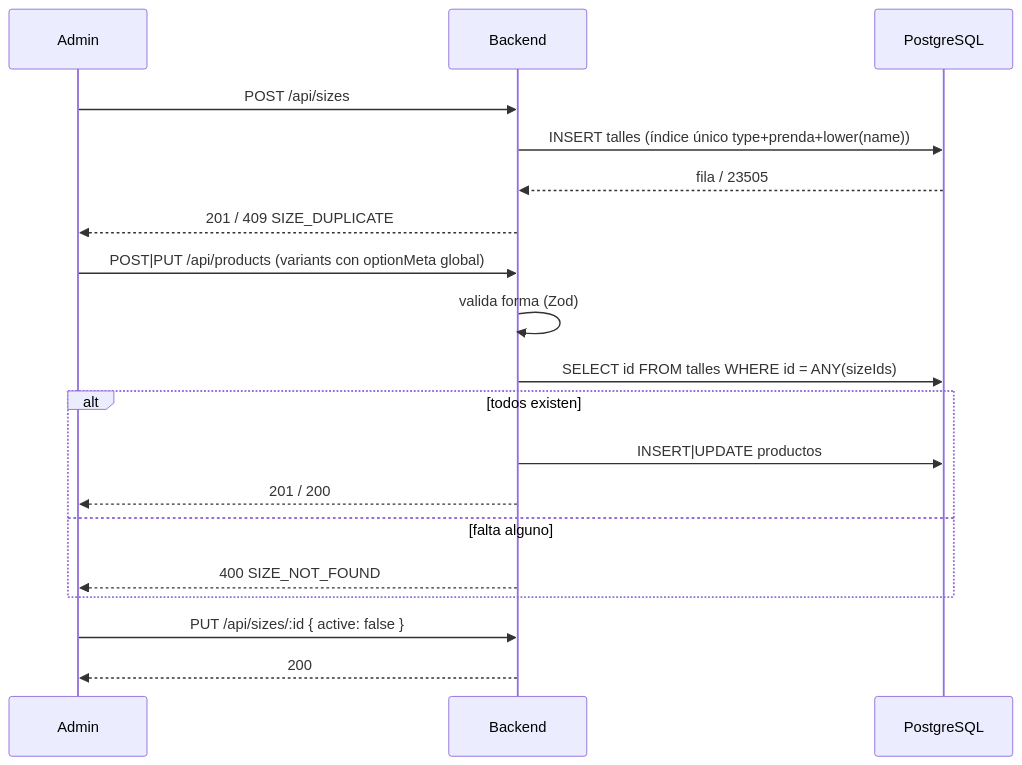
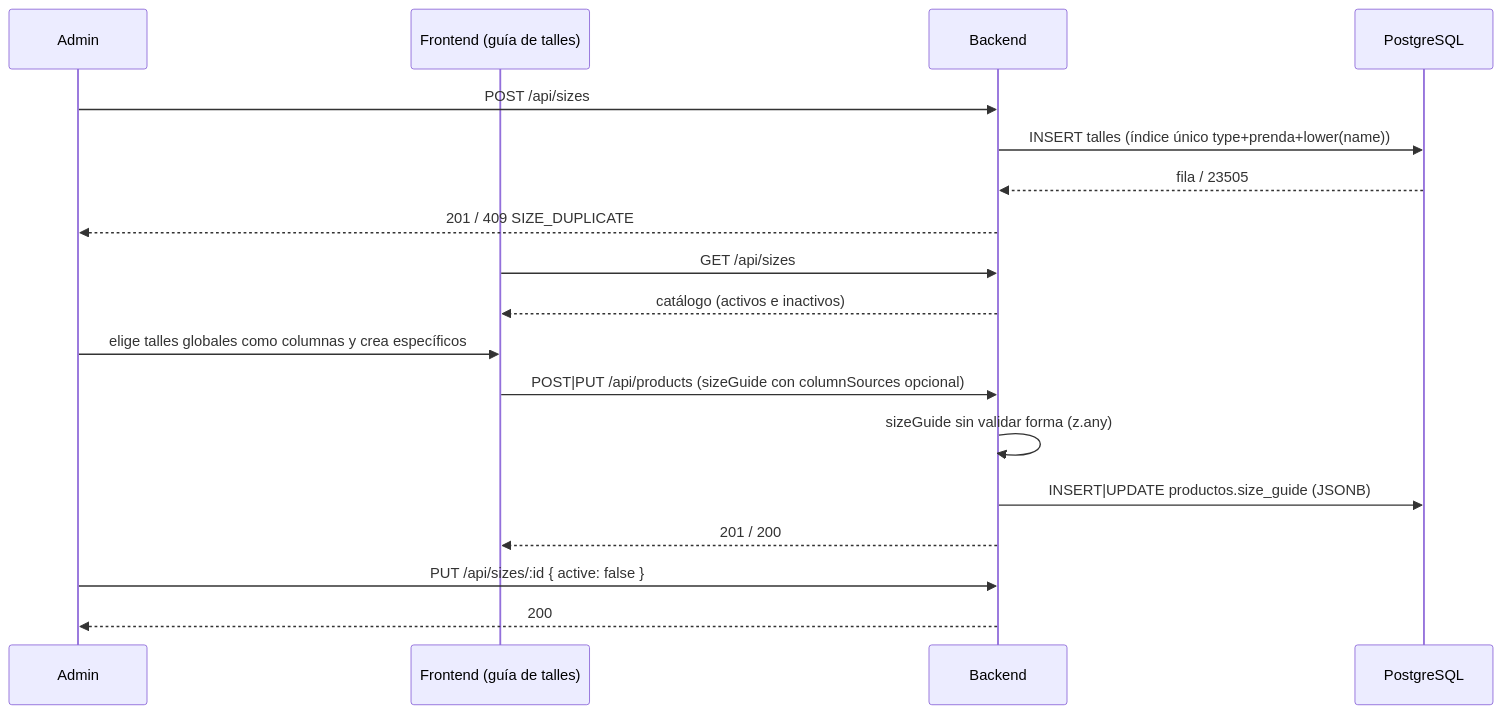
Before and after one commit to B-ayala/LIA-BACK: the diagram in docs/flows/flow-talles.md, drawn with Mermaid. The commit also changed other lines of this file and 3 other files, not shown here.

First line of the commit message:
docs(talles): el catálogo de talles alimenta la guía de talles del producto

````diff
--- a/docs/flows/flow-talles.md
+++ b/docs/flows/flow-talles.md
@@ -38,21 +40,20 @@
 ```mermaid
 sequenceDiagram
   participant A as Admin
+  participant F as Frontend (guía de talles)
   participant API as Backend
   participant DB as PostgreSQL
   A->>API: POST /api/sizes
   API->>DB: INSERT talles (índice único type+prenda+lower(name))
   DB-->>API: fila / 23505
   API-->>A: 201 / 409 SIZE_DUPLICATE
-  A->>API: POST|PUT /api/products (variants con optionMeta global)
-  API->>API: valida forma (Zod)
-  API->>DB: SELECT id FROM talles WHERE id = ANY(sizeIds)
-  alt todos existen
-    API->>DB: INSERT|UPDATE productos
-    API-->>A: 201 / 200
-  else falta alguno
-    API-->>A: 400 SIZE_NOT_FOUND
-  end
+  F->>API: GET /api/sizes
+  API-->>F: catálogo (activos e inactivos)
+  A->>F: elige talles globales como columnas y crea específicos
+  F->>API: POST|PUT /api/products (sizeGuide con columnSources opcional)
+  API->>API: sizeGuide sin validar forma (z.any)
+  API->>DB: INSERT|UPDATE productos.size_guide (JSONB)
+  API-->>F: 201 / 200
   A->>API: PUT /api/sizes/:id { active: false }
   API-->>A: 200
 ```
````
